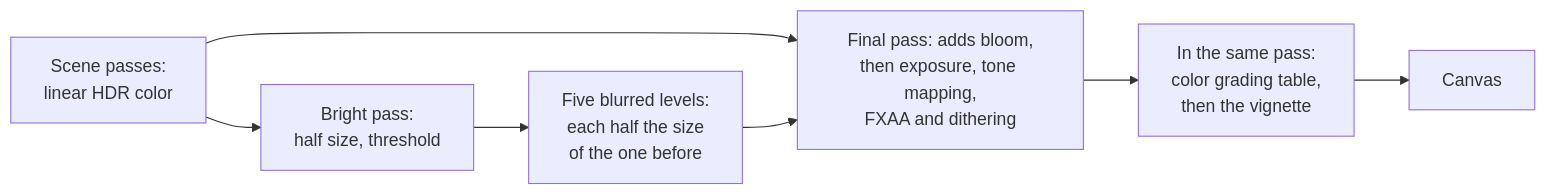
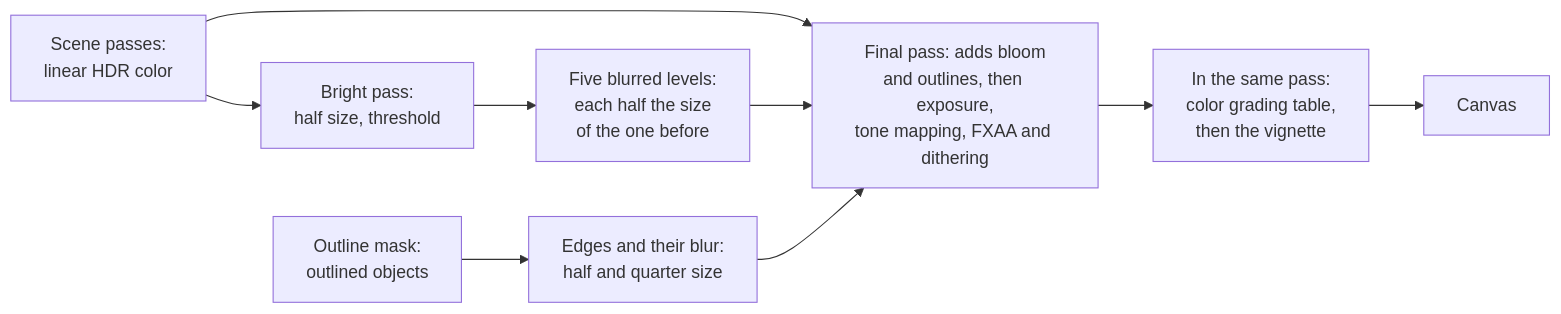
The diagram in docs/concepts/post-processing.md (null3d-engine/null3d), drawn with Mermaid before and after one commit. The commit also changed other lines of this file and 65 other files, not shown here.

First line of the commit message:
feat(engine): add outlines around chosen meshes, as three.js's OutlinePass draws them

````diff
--- a/docs/concepts/post-processing.md
+++ b/docs/concepts/post-processing.md
@@ -13,9 +13,11 @@
 ```mermaid
 flowchart LR
     scene["Scene passes:<br/>linear HDR color"] --> bright["Bright pass:<br/>half size, threshold"]
     bright --> levels["Five blurred levels:<br/>each half the size<br/>of the one before"]
-    scene --> final["Final pass: adds bloom,<br/>then exposure, tone mapping,<br/>FXAA and dithering"]
+    scene --> final["Final pass: adds bloom<br/>and outlines, then exposure,<br/>tone mapping, FXAA and dithering"]
     levels --> final
+    mask["Outline mask:<br/>outlined objects"] --> edges["Edges and their blur:<br/>half and quarter size"]
+    edges --> final
     final --> grade["In the same pass:<br/>color grading table,<br/>then the vignette"]
     grade --> canvas["Canvas"]
 ```
````
